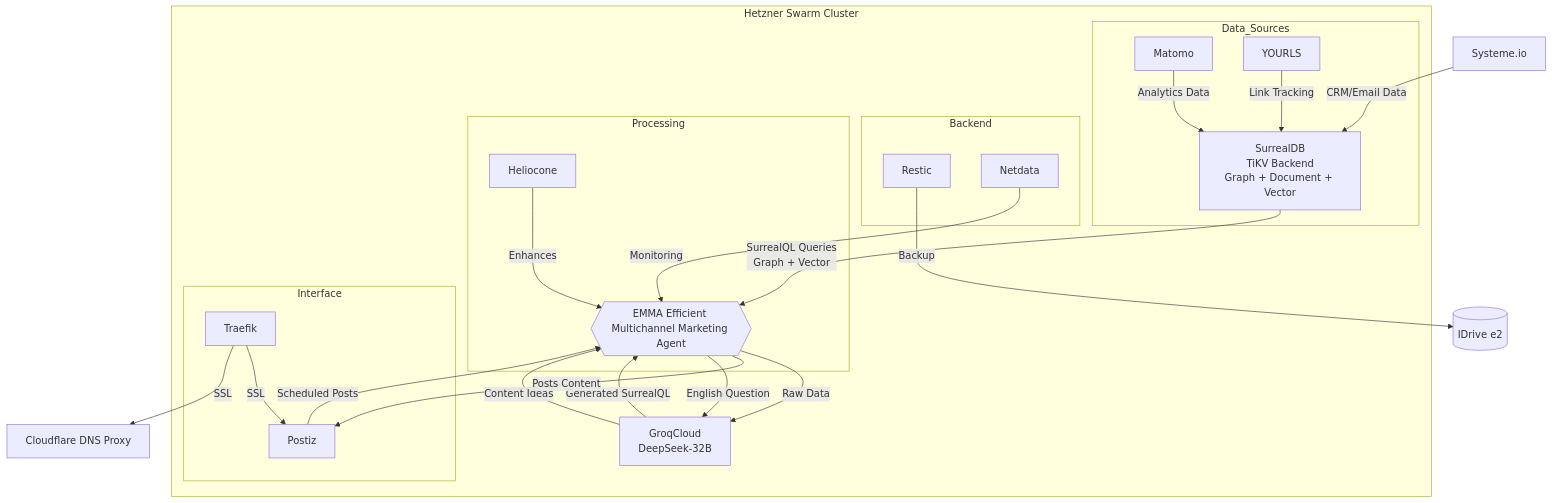
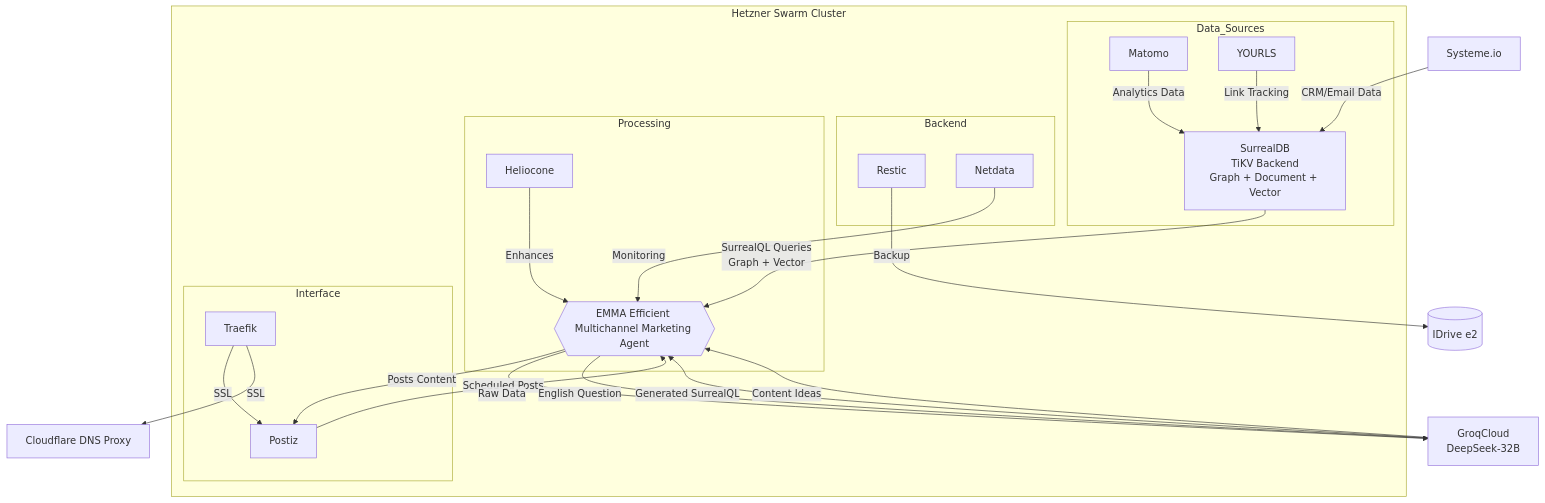
One commit to deepbrainspace/deepbrain-stack changed the third of 4 diagrams in projects/bnb/v6-b.md. Above: the diagram before and after it, drawn with Mermaid.

````diff
--- a/projects/bnb/v6-b.md
+++ b/projects/bnb/v6-b.md
@@ -96,39 +96,40 @@
 ```mermaid
 graph TD
     G[Systeme.io] -->|CRM/Email Data| B[SurrealDB<br>TiKV Backend<br>Graph + Document + Vector]
     subgraph Hetzner_CCX23_Cluster_Docker_Swarm[Hetzner Swarm Cluster]
         A[Matomo] -->|Analytics Data| B
         C[YOURLS] -->|Link Tracking| B
         J[Traefik] -->|SSL| D[Postiz]
         D -->|Scheduled Posts| E{{EMMA Efficient Multichannel Marketing Agent}}
         B -->|SurrealQL Queries<br>Graph + Vector| E
-        F -->|Generated SurrealQL| E
-        E -->|Raw Data| F
         H[Restic]
-        F -->|Content Ideas| E
         E -->|Posts Content| D
         K[Netdata] -->|Monitoring| E
         L[Heliocone] -->|Enhances| E
         subgraph Data_Sources
             A
             B
             C
         end
         subgraph Backend
             H
             K
         end
         subgraph Processing
             E
             L
         end
         subgraph Interface
             D
             J
         end
     end
+    F -->|Generated SurrealQL| E
+    E -->|Raw Data| F
+    F -->|Content Ideas| E
+        
     E -->|English Question| F[GroqCloud<br>DeepSeek-32B]
     H -->|Backup| I[(IDrive e2)]
            
     J -->|SSL| M[Cloudflare DNS Proxy]
 ```
````
